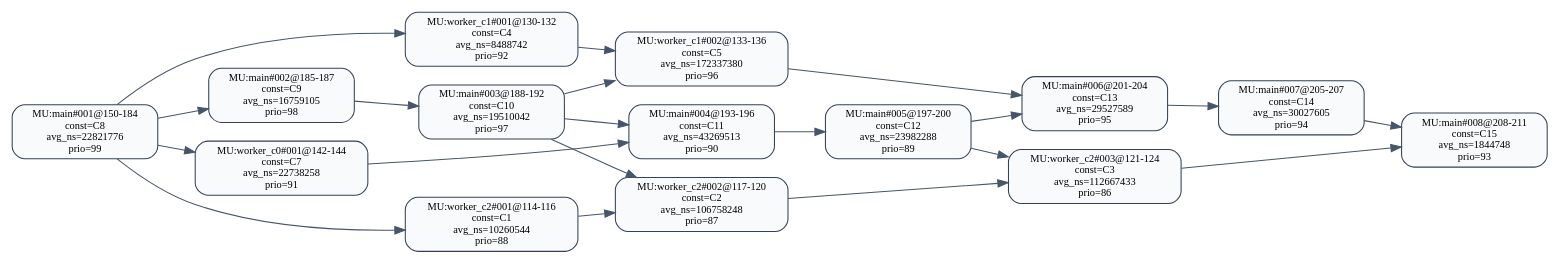
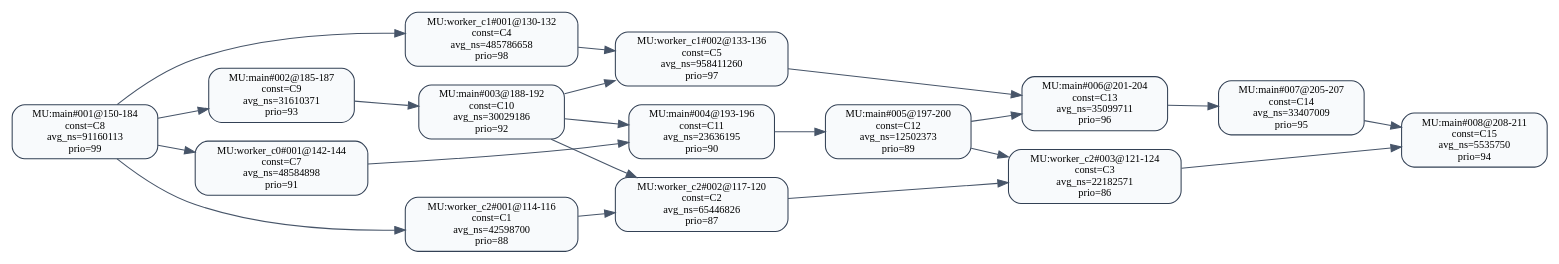
One commit to RTS-SYSU/DAG-Gen changed the diagram in 中间结果/zhang2/pipeline/validation/level2/effective_line_merge/zhao2020/dag_seg_annotated.dot. Above: the diagram before and after it, drawn with Graphviz. The commit also changed 3421 other files, not shown here.

```diff
--- a/中间结果/zhang2/pipeline/validation/level2/effective_line_merge/zhao2020/dag_seg_annotated.dot
+++ b/中间结果/zhang2/pipeline/validation/level2/effective_line_merge/zhao2020/dag_seg_annotated.dot
@@ -1,38 +1,38 @@
 digraph dag_seg_annotated {
   rankdir=LR;
   node [shape=box, style="rounded,filled", fillcolor="#F8FAFC", color="#334155", fontsize=10];
   edge [color="#475569"];
-  "MU:main#001@150-184" [label="MU:main#001@150-184\nconst=C8\navg_ns=22821776\nprio=99"];
-  "MU:main#002@185-187" [label="MU:main#002@185-187\nconst=C9\navg_ns=16759105\nprio=98"];
-  "MU:main#003@188-192" [label="MU:main#003@188-192\nconst=C10\navg_ns=19510042\nprio=97"];
-  "MU:main#004@193-196" [label="MU:main#004@193-196\nconst=C11\navg_ns=43269513\nprio=90"];
-  "MU:main#005@197-200" [label="MU:main#005@197-200\nconst=C12\navg_ns=23982288\nprio=89"];
-  "MU:main#006@201-204" [label="MU:main#006@201-204\nconst=C13\navg_ns=29527589\nprio=95"];
-  "MU:main#007@205-207" [label="MU:main#007@205-207\nconst=C14\navg_ns=30027605\nprio=94"];
-  "MU:main#008@208-211" [label="MU:main#008@208-211\nconst=C15\navg_ns=1844748\nprio=93"];
-  "MU:worker_c0#001@142-144" [label="MU:worker_c0#001@142-144\nconst=C7\navg_ns=22738258\nprio=91"];
-  "MU:worker_c1#001@130-132" [label="MU:worker_c1#001@130-132\nconst=C4\navg_ns=8488742\nprio=92"];
-  "MU:worker_c1#002@133-136" [label="MU:worker_c1#002@133-136\nconst=C5\navg_ns=172337380\nprio=96"];
-  "MU:worker_c2#001@114-116" [label="MU:worker_c2#001@114-116\nconst=C1\navg_ns=10260544\nprio=88"];
-  "MU:worker_c2#002@117-120" [label="MU:worker_c2#002@117-120\nconst=C2\navg_ns=106758248\nprio=87"];
-  "MU:worker_c2#003@121-124" [label="MU:worker_c2#003@121-124\nconst=C3\navg_ns=112667433\nprio=86"];
+  "MU:main#001@150-184" [label="MU:main#001@150-184\nconst=C8\navg_ns=91160113\nprio=99"];
+  "MU:main#002@185-187" [label="MU:main#002@185-187\nconst=C9\navg_ns=31610371\nprio=93"];
+  "MU:main#003@188-192" [label="MU:main#003@188-192\nconst=C10\navg_ns=30029186\nprio=92"];
+  "MU:main#004@193-196" [label="MU:main#004@193-196\nconst=C11\navg_ns=23636195\nprio=90"];
+  "MU:main#005@197-200" [label="MU:main#005@197-200\nconst=C12\navg_ns=12502373\nprio=89"];
+  "MU:main#006@201-204" [label="MU:main#006@201-204\nconst=C13\navg_ns=35099711\nprio=96"];
+  "MU:main#007@205-207" [label="MU:main#007@205-207\nconst=C14\navg_ns=33407009\nprio=95"];
+  "MU:main#008@208-211" [label="MU:main#008@208-211\nconst=C15\navg_ns=5535750\nprio=94"];
+  "MU:worker_c0#001@142-144" [label="MU:worker_c0#001@142-144\nconst=C7\navg_ns=48584898\nprio=91"];
+  "MU:worker_c1#001@130-132" [label="MU:worker_c1#001@130-132\nconst=C4\navg_ns=485786658\nprio=98"];
+  "MU:worker_c1#002@133-136" [label="MU:worker_c1#002@133-136\nconst=C5\navg_ns=958411260\nprio=97"];
+  "MU:worker_c2#001@114-116" [label="MU:worker_c2#001@114-116\nconst=C1\navg_ns=42598700\nprio=88"];
+  "MU:worker_c2#002@117-120" [label="MU:worker_c2#002@117-120\nconst=C2\navg_ns=65446826\nprio=87"];
+  "MU:worker_c2#003@121-124" [label="MU:worker_c2#003@121-124\nconst=C3\navg_ns=22182571\nprio=86"];
   "MU:worker_c2#001@114-116" -> "MU:worker_c2#002@117-120";
   "MU:worker_c2#002@117-120" -> "MU:worker_c2#003@121-124";
   "MU:worker_c1#001@130-132" -> "MU:worker_c1#002@133-136";
   "MU:main#001@150-184" -> "MU:main#002@185-187";
   "MU:main#002@185-187" -> "MU:main#003@188-192";
   "MU:main#003@188-192" -> "MU:main#004@193-196";
   "MU:main#004@193-196" -> "MU:main#005@197-200";
   "MU:main#005@197-200" -> "MU:main#006@201-204";
   "MU:main#006@201-204" -> "MU:main#007@205-207";
   "MU:main#007@205-207" -> "MU:main#008@208-211";
   "MU:main#001@150-184" -> "MU:worker_c0#001@142-144";
   "MU:main#001@150-184" -> "MU:worker_c1#001@130-132";
   "MU:main#001@150-184" -> "MU:worker_c2#001@114-116";
   "MU:worker_c0#001@142-144" -> "MU:main#004@193-196";
   "MU:worker_c1#002@133-136" -> "MU:main#006@201-204";
   "MU:worker_c2#003@121-124" -> "MU:main#008@208-211";
   "MU:main#003@188-192" -> "MU:worker_c2#002@117-120";
   "MU:main#005@197-200" -> "MU:worker_c2#003@121-124";
   "MU:main#003@188-192" -> "MU:worker_c1#002@133-136";
 }
```
